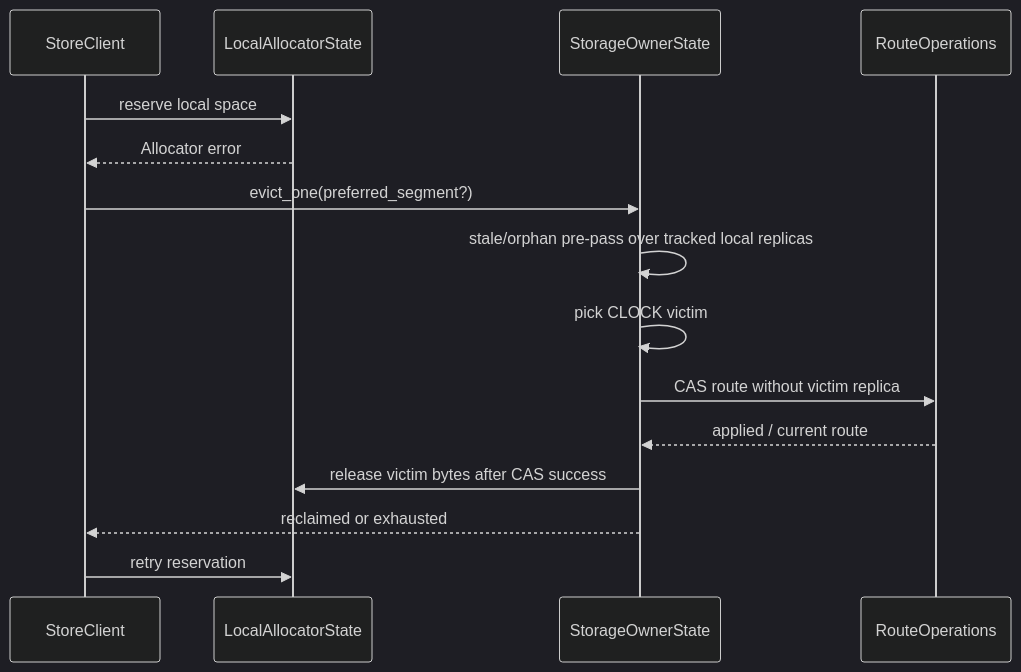
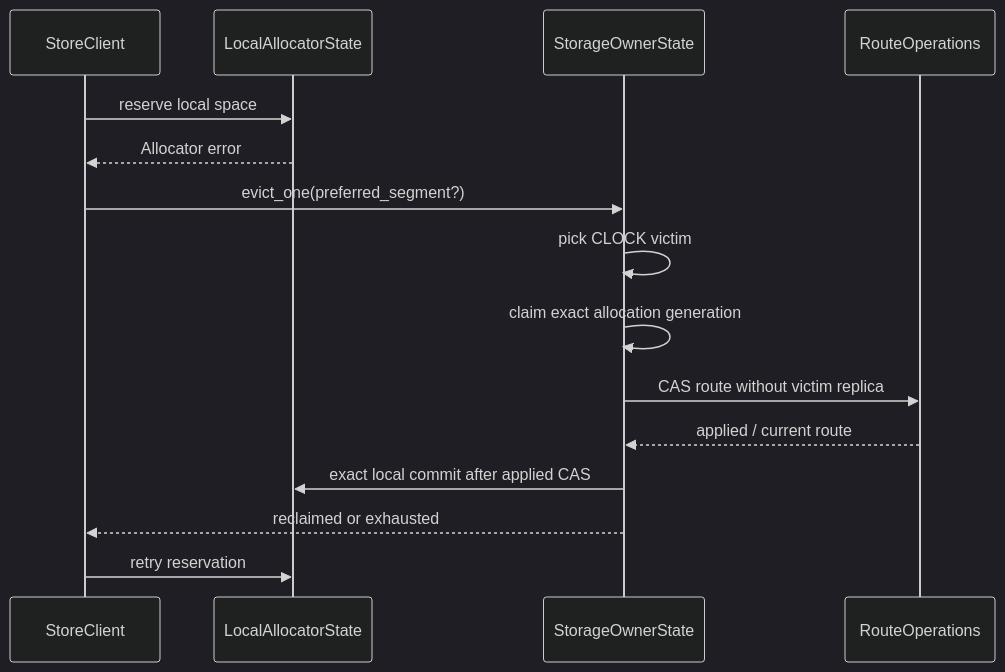
The fourth of 4 diagrams in docs/source/design/store/store-rs/architecture.md (kvcache-ai/Mooncake), drawn with Mermaid (dark theme) before and after one commit. The commit also changed other lines of this file and 4 other files, not shown here.

````diff
--- a/docs/source/design/store/store-rs/architecture.md
+++ b/docs/source/design/store/store-rs/architecture.md
@@ -325,18 +327,18 @@
 ```mermaid
 sequenceDiagram
     participant Client as StoreClient
     participant Alloc as LocalAllocatorState
     participant Evict as StorageOwnerState
     participant Route as RouteOperations
 
     Client->>Alloc: reserve local space
     Alloc-->>Client: Allocator error
     Client->>Evict: evict_one(preferred_segment?)
-    Evict->>Evict: stale/orphan pre-pass over tracked local replicas
     Evict->>Evict: pick CLOCK victim
+    Evict->>Evict: claim exact allocation generation
     Evict->>Route: CAS route without victim replica
     Route-->>Evict: applied / current route
-    Evict->>Alloc: release victim bytes after CAS success
+    Evict->>Alloc: exact local commit after applied CAS
     Evict-->>Client: reclaimed or exhausted
     Client->>Alloc: retry reservation
 ```
````
